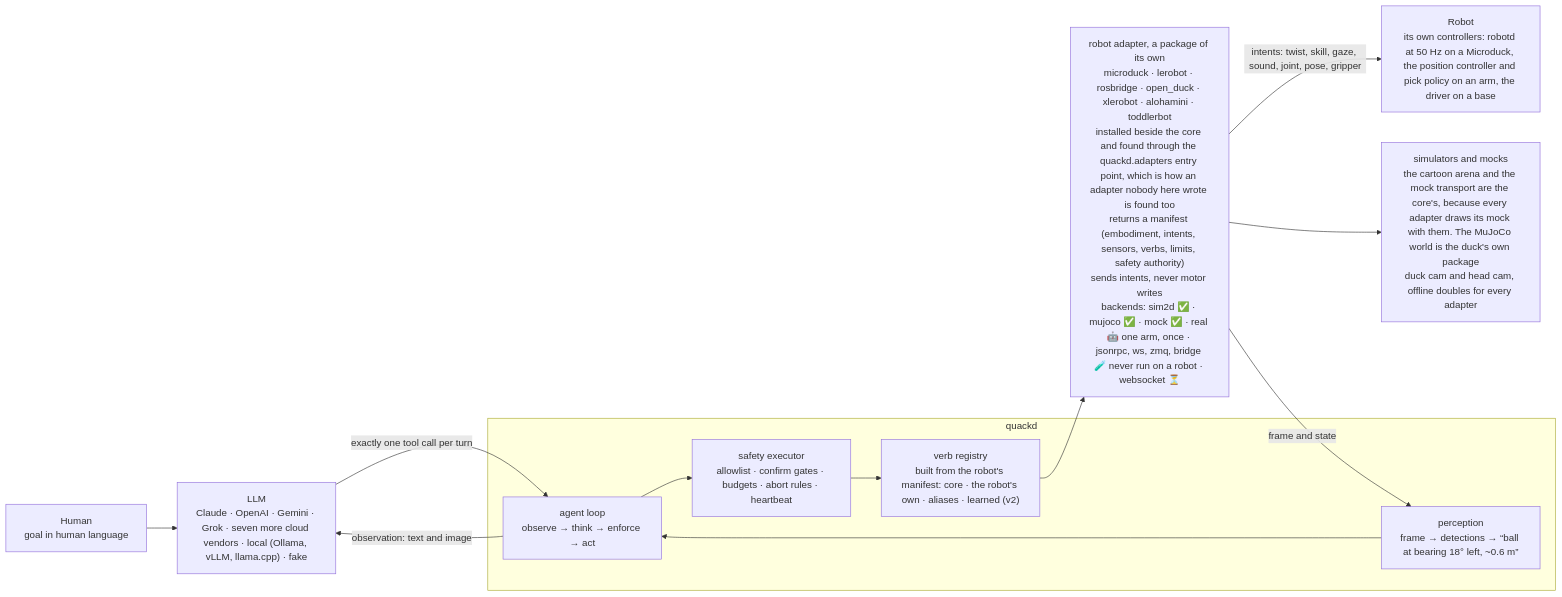
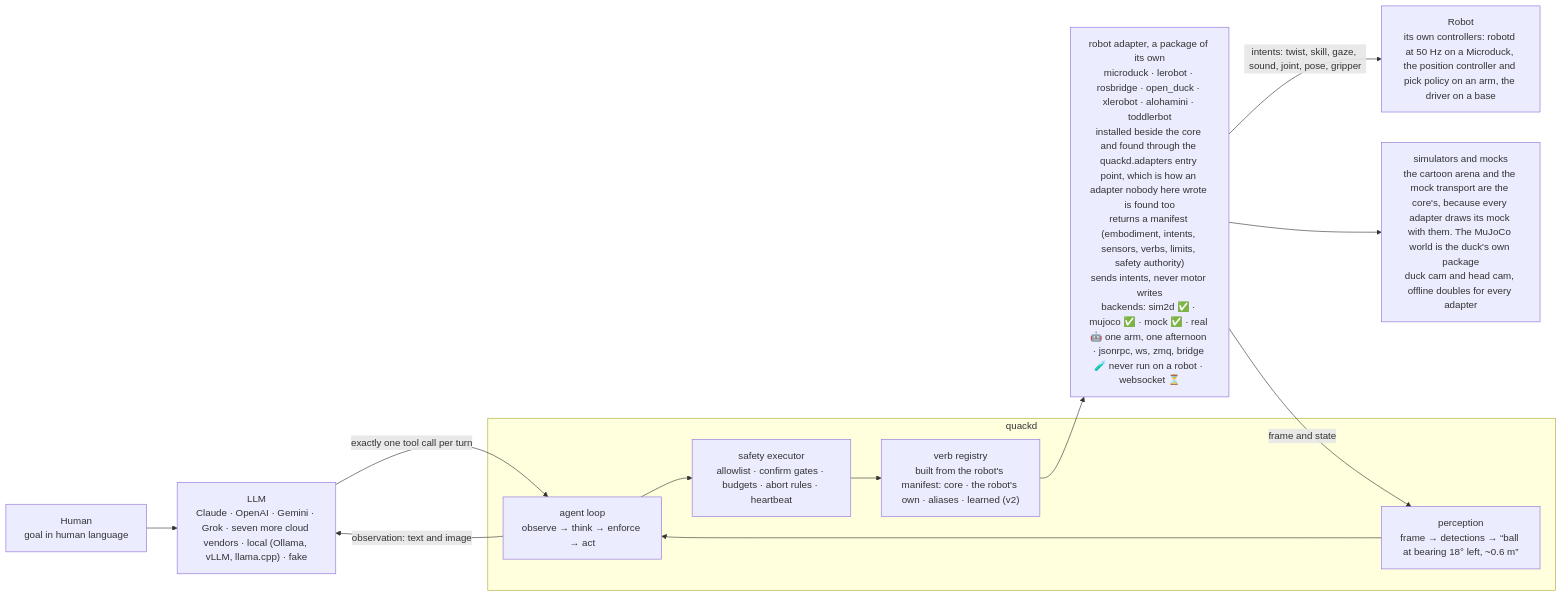
Before and after one commit to mantoumaster/quackd: the second of 2 diagrams in README.md, drawn with Mermaid. The commit also changed other lines of this file and 29 other files, not shown here.

````diff
--- a/README.md
+++ b/README.md
@@ -285,21 +463,21 @@
 ```mermaid
 flowchart LR
     HUMAN["Human<br/>goal in human language"]
     LLM["LLM<br/>Claude · OpenAI · Gemini · Grok · seven more cloud vendors · local (Ollama, vLLM, llama.cpp) · fake"]
     subgraph quackd
         LOOP["agent loop<br/>observe → think → enforce → act"]
         EXEC["safety executor<br/>allowlist · confirm gates · budgets · abort rules · heartbeat"]
         VERBS["verb registry<br/>built from the robot's manifest: core · the robot's own · aliases · learned (v2)"]
         PERC["perception<br/>frame → detections → “ball at bearing 18° left, ~0.6 m”"]
     end
-    ADAPTER["robot adapter, a package of its own<br/>microduck · lerobot · rosbridge · open_duck · xlerobot · alohamini · toddlerbot<br/>installed beside the core and found through the quackd.adapters entry point, which is how an adapter nobody here wrote is found too<br/>returns a manifest (embodiment, intents, sensors, verbs, limits, safety authority)<br/>sends intents, never motor writes<br/>backends: sim2d ✅ · mujoco ✅ · mock ✅ · real 🤖 one arm, once · jsonrpc, ws, zmq, bridge 🧪 never run on a robot · websocket ⏳"]
+    ADAPTER["robot adapter, a package of its own<br/>microduck · lerobot · rosbridge · open_duck · xlerobot · alohamini · toddlerbot<br/>installed beside the core and found through the quackd.adapters entry point, which is how an adapter nobody here wrote is found too<br/>returns a manifest (embodiment, intents, sensors, verbs, limits, safety authority)<br/>sends intents, never motor writes<br/>backends: sim2d ✅ · mujoco ✅ · mock ✅ · real 🤖 one arm, one afternoon · jsonrpc, ws, zmq, bridge 🧪 never run on a robot · websocket ⏳"]
     ROBOT["Robot<br/>its own controllers: robotd at 50 Hz on a Microduck, the position controller and pick policy on an arm, the driver on a base"]
     SIM["simulators and mocks<br/>the cartoon arena and the mock transport are the core's, because every adapter draws its mock with them. The MuJoCo world is the duck's own package<br/>duck cam and head cam, offline doubles for every adapter"]
     HUMAN --> LLM
     LLM -- "exactly one tool call per turn" --> LOOP
     LOOP --> EXEC --> VERBS --> ADAPTER
     ADAPTER -- "intents: twist, skill, gaze, sound, joint, pose, gripper" --> ROBOT
     ADAPTER --> SIM
     ADAPTER -- "frame and state" --> PERC --> LOOP
     LOOP -- "observation: text and image" --> LLM
 ```
````
